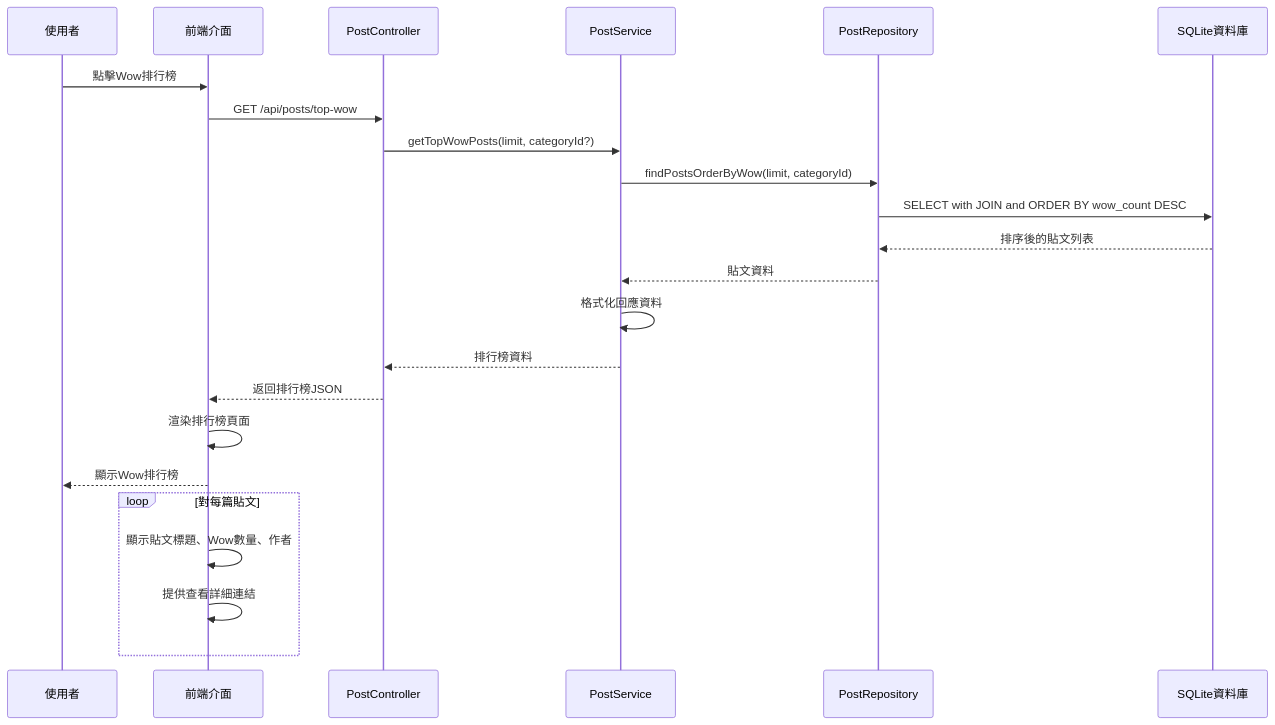
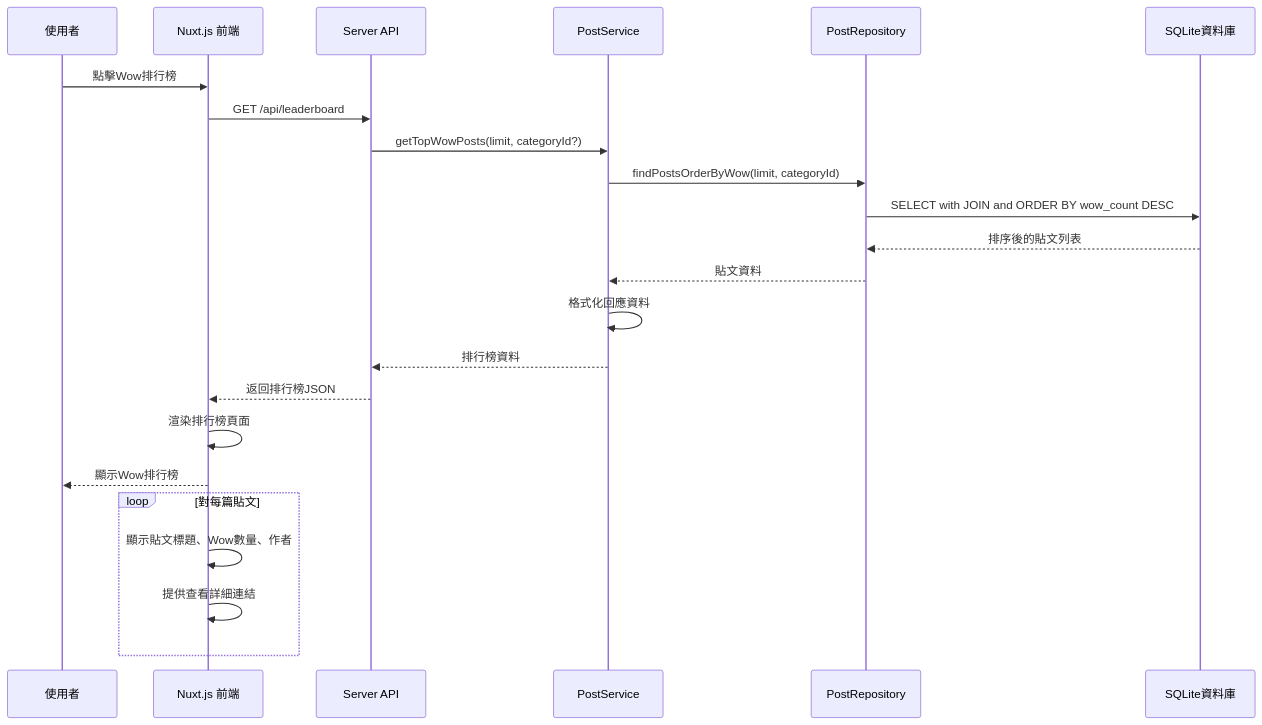
One commit to ayugioh2003/ooad-ai changed the fifth of 8 diagrams in aotter-wow-system/docs/sequence-diagram.md. Above: the diagram before and after it, drawn with Mermaid. The commit also changed other lines of this file and 3 other files, not shown here.

First line of the commit message:
Refactor architecture documentation to reflect Nuxt.js integration and update class and sequence diagrams for API handlers

````diff
--- a/aotter-wow-system/docs/sequence-diagram.md
+++ b/aotter-wow-system/docs/sequence-diagram.md
@@ -166,27 +166,27 @@
 ```mermaid
 sequenceDiagram
     participant User as 使用者
-    participant UI as 前端介面
-    participant PC as PostController
+    participant UI as Nuxt.js 前端
+    participant API as Server API
     participant PS as PostService
     participant PR as PostRepository
     participant DB as SQLite資料庫
 
     User->>UI: 點擊Wow排行榜
-    UI->>PC: GET /api/posts/top-wow
-    PC->>PS: getTopWowPosts(limit, categoryId?)
+    UI->>API: GET /api/leaderboard
+    API->>PS: getTopWowPosts(limit, categoryId?)
     PS->>PR: findPostsOrderByWow(limit, categoryId)
     PR->>DB: SELECT with JOIN and ORDER BY wow_count DESC
     DB-->>PR: 排序後的貼文列表
     PR-->>PS: 貼文資料
     PS->>PS: 格式化回應資料
-    PS-->>PC: 排行榜資料
-    PC-->>UI: 返回排行榜JSON
+    PS-->>API: 排行榜資料
+    API-->>UI: 返回排行榜JSON
     UI->>UI: 渲染排行榜頁面
     UI-->>User: 顯示Wow排行榜
 
     loop 對每篇貼文
         UI->>UI: 顯示貼文標題、Wow數量、作者
         UI->>UI: 提供查看詳細連結
     end
 ```
````
